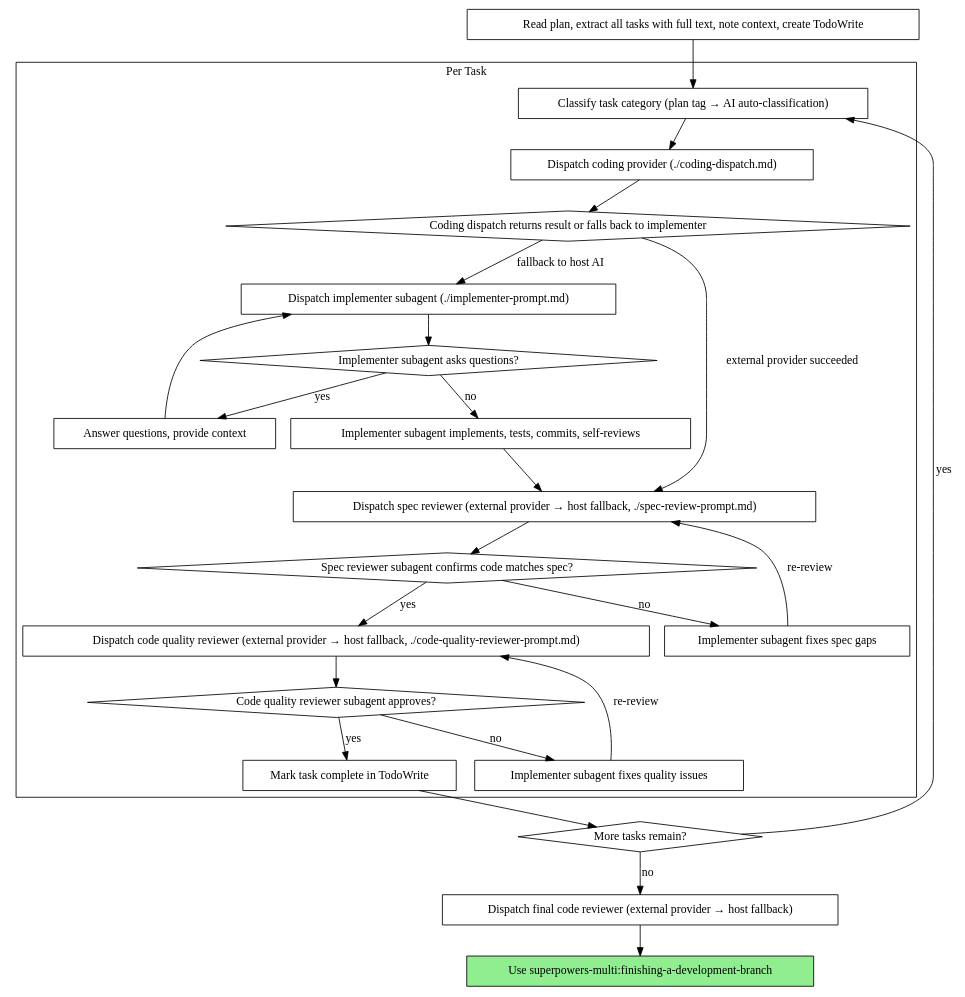
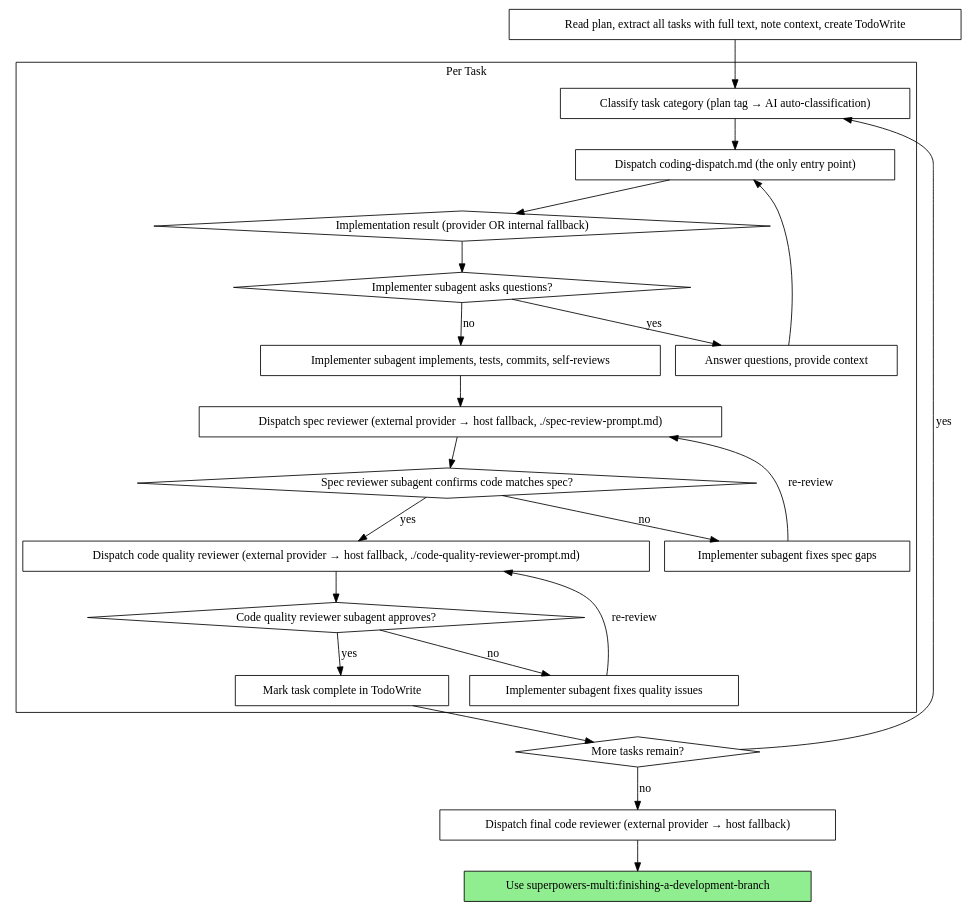
The second of 2 diagrams in skills/subagent-driven-development/SKILL.md (undrthemt/superpowers-multi), drawn with Graphviz before and after one commit.

Commit message:
refactor(skill): redraw SDD flow with coding-dispatch as sole entry
Removes the standalone implementer-subagent node and the binary
'fallback to host AI' diamond. Provider vs internal-fallback selection
is now hidden inside coding-dispatch.md, where it belongs. The host
AI no longer sees a diagram path that bypasses coding-dispatch.

Templates list and the new mandatory-routing section come in
follow-up commits.

````diff
--- a/skills/subagent-driven-development/SKILL.md
+++ b/skills/subagent-driven-development/SKILL.md
@@ -44,51 +44,48 @@
 ```dot
 digraph process {
     rankdir=TB;
 
     subgraph cluster_per_task {
         label="Per Task";
         "Classify task category (plan tag → AI auto-classification)" [shape=box];
-        "Dispatch coding provider (./coding-dispatch.md)" [shape=box];
-        "Coding dispatch returns result or falls back to implementer" [shape=diamond];
-        "Dispatch implementer subagent (./implementer-prompt.md)" [shape=box];
+        "Dispatch coding-dispatch.md (the only entry point)" [shape=box];
+        "Implementation result (provider OR internal fallback)" [shape=diamond];
         "Implementer subagent asks questions?" [shape=diamond];
         "Answer questions, provide context" [shape=box];
         "Implementer subagent implements, tests, commits, self-reviews" [shape=box];
         "Dispatch spec reviewer (external provider → host fallback, ./spec-review-prompt.md)" [shape=box];
         "Spec reviewer subagent confirms code matches spec?" [shape=diamond];
         "Implementer subagent fixes spec gaps" [shape=box];
         "Dispatch code quality reviewer (external provider → host fallback, ./code-quality-reviewer-prompt.md)" [shape=box];
         "Code quality reviewer subagent approves?" [shape=diamond];
         "Implementer subagent fixes quality issues" [shape=box];
         "Mark task complete in TodoWrite" [shape=box];
     }
 
     "Read plan, extract all tasks with full text, note context, create TodoWrite" [shape=box];
     "More tasks remain?" [shape=diamond];
     "Dispatch final code reviewer (external provider → host fallback)" [shape=box];
     "Use superpowers-multi:finishing-a-development-branch" [shape=box style=filled fillcolor=lightgreen];
 
     "Read plan, extract all tasks with full text, note context, create TodoWrite" -> "Classify task category (plan tag → AI auto-classification)";
-    "Classify task category (plan tag → AI auto-classification)" -> "Dispatch coding provider (./coding-dispatch.md)";
-    "Dispatch coding provider (./coding-dispatch.md)" -> "Coding dispatch returns result or falls back to implementer";
-    "Coding dispatch returns result or falls back to implementer" -> "Dispatch spec reviewer (external provider → host fallback, ./spec-review-prompt.md)" [label="external provider succeeded"];
-    "Coding dispatch returns result or falls back to implementer" -> "Dispatch implementer subagent (./implementer-prompt.md)" [label="fallback to host AI"];
-    "Dispatch implementer subagent (./implementer-prompt.md)" -> "Implementer subagent asks questions?";
+    "Classify task category (plan tag → AI auto-classification)" -> "Dispatch coding-dispatch.md (the only entry point)";
+    "Dispatch coding-dispatch.md (the only entry point)" -> "Implementation result (provider OR internal fallback)";
+    "Implementation result (provider OR internal fallback)" -> "Implementer subagent asks questions?";
     "Implementer subagent asks questions?" -> "Answer questions, provide context" [label="yes"];
-    "Answer questions, provide context" -> "Dispatch implementer subagent (./implementer-prompt.md)";
+    "Answer questions, provide context" -> "Dispatch coding-dispatch.md (the only entry point)";
     "Implementer subagent asks questions?" -> "Implementer subagent implements, tests, commits, self-reviews" [label="no"];
     "Implementer subagent implements, tests, commits, self-reviews" -> "Dispatch spec reviewer (external provider → host fallback, ./spec-review-prompt.md)";
     "Dispatch spec reviewer (external provider → host fallback, ./spec-review-prompt.md)" -> "Spec reviewer subagent confirms code matches spec?";
     "Spec reviewer subagent confirms code matches spec?" -> "Implementer subagent fixes spec gaps" [label="no"];
     "Implementer subagent fixes spec gaps" -> "Dispatch spec reviewer (external provider → host fallback, ./spec-review-prompt.md)" [label="re-review"];
     "Spec reviewer subagent confirms code matches spec?" -> "Dispatch code quality reviewer (external provider → host fallback, ./code-quality-reviewer-prompt.md)" [label="yes"];
     "Dispatch code quality reviewer (external provider → host fallback, ./code-quality-reviewer-prompt.md)" -> "Code quality reviewer subagent approves?";
     "Code quality reviewer subagent approves?" -> "Implementer subagent fixes quality issues" [label="no"];
     "Implementer subagent fixes quality issues" -> "Dispatch code quality reviewer (external provider → host fallback, ./code-quality-reviewer-prompt.md)" [label="re-review"];
     "Code quality reviewer subagent approves?" -> "Mark task complete in TodoWrite" [label="yes"];
     "Mark task complete in TodoWrite" -> "More tasks remain?";
     "More tasks remain?" -> "Classify task category (plan tag → AI auto-classification)" [label="yes"];
     "More tasks remain?" -> "Dispatch final code reviewer (external provider → host fallback)" [label="no"];
     "Dispatch final code reviewer (external provider → host fallback)" -> "Use superpowers-multi:finishing-a-development-branch";
 }
 ```
````
